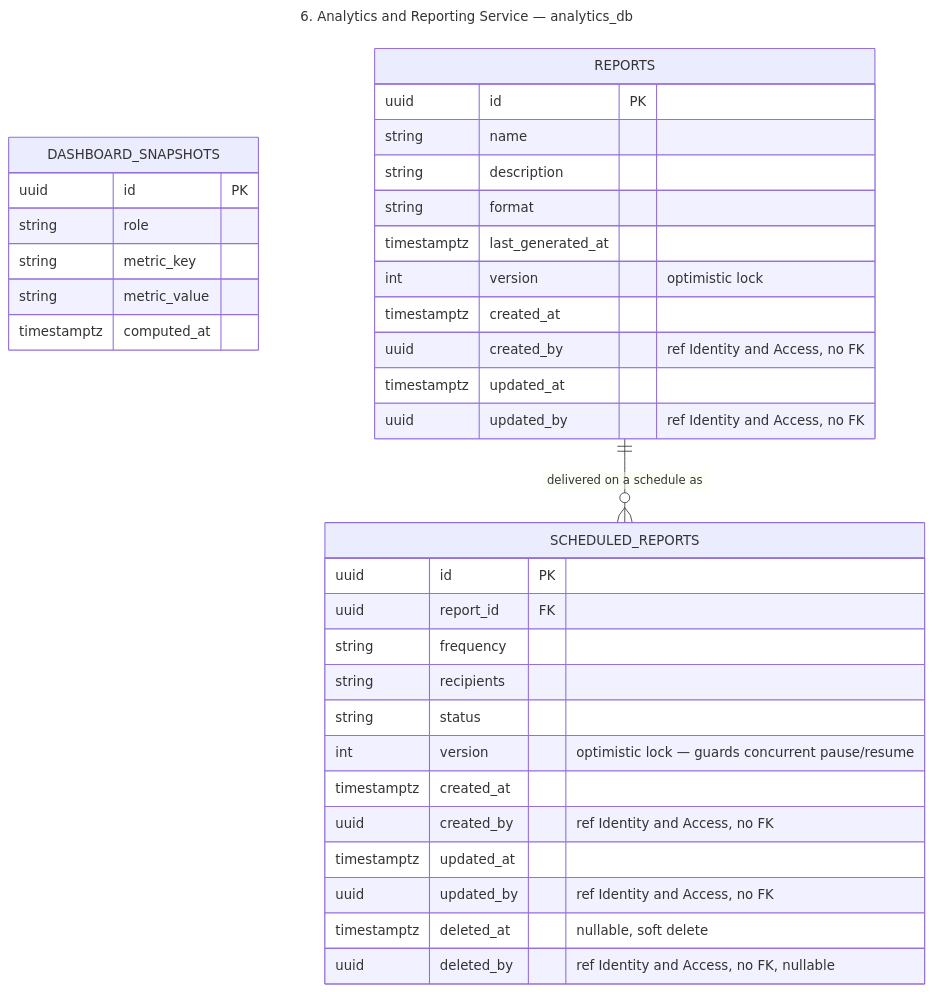
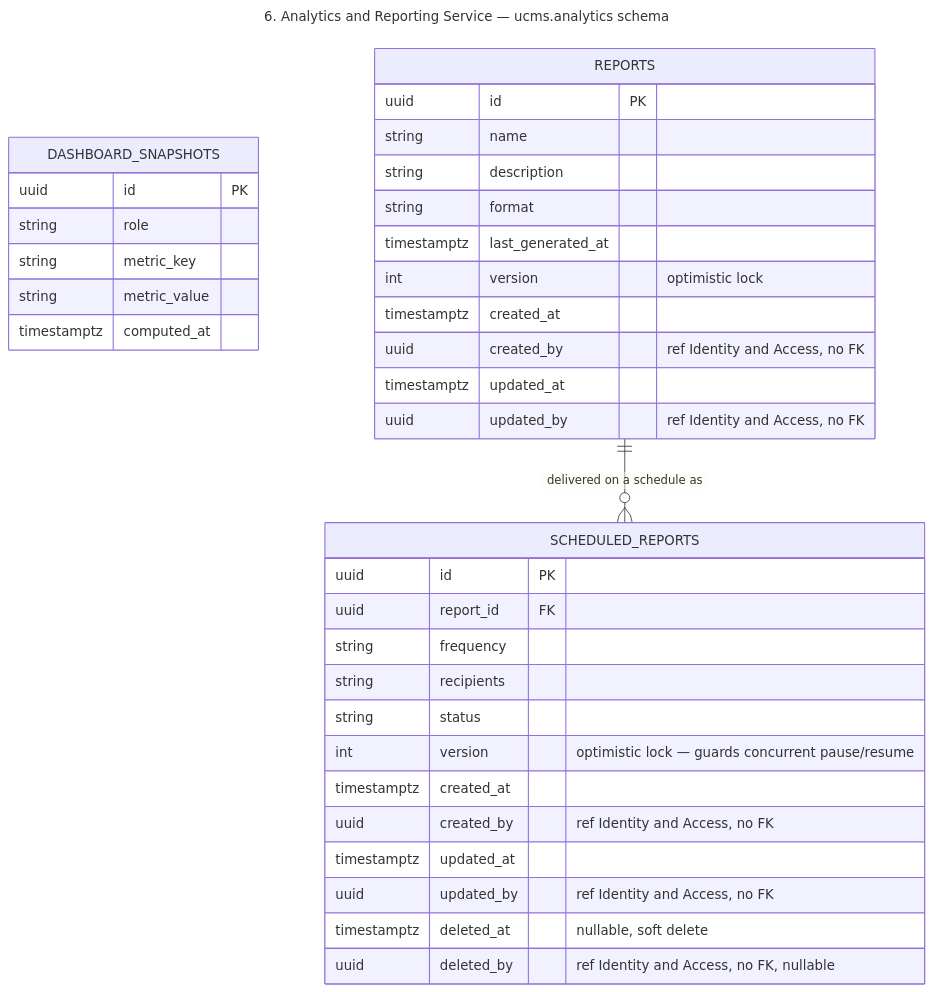
The diagram in docs/architecture/tables-06-analytics-reporting.mmd (ESD-ONE/University-Course-Management-System), drawn with Mermaid before and after one commit. The commit also changed 19 other files, not shown here.

First line of the commit message:
Sync architecture diagrams: schema-per-service, not database-per-service

```diff
--- a/docs/architecture/tables-06-analytics-reporting.mmd
+++ b/docs/architecture/tables-06-analytics-reporting.mmd
@@ -1,39 +1,39 @@
 ---
-title: 6. Analytics and Reporting Service — analytics_db
+title: 6. Analytics and Reporting Service — ucms.analytics schema
 ---
 erDiagram
     DASHBOARD_SNAPSHOTS {
         uuid id PK
         string role
         string metric_key
         string metric_value
         timestamptz computed_at
     }
     REPORTS {
         uuid id PK
         string name
         string description
         string format
         timestamptz last_generated_at
         int version "optimistic lock"
         timestamptz created_at
         uuid created_by "ref Identity and Access, no FK"
         timestamptz updated_at
         uuid updated_by "ref Identity and Access, no FK"
     }
     SCHEDULED_REPORTS {
         uuid id PK
         uuid report_id FK
         string frequency
         string recipients
         string status
         int version "optimistic lock — guards concurrent pause/resume"
         timestamptz created_at
         uuid created_by "ref Identity and Access, no FK"
         timestamptz updated_at
         uuid updated_by "ref Identity and Access, no FK"
         timestamptz deleted_at "nullable, soft delete"
         uuid deleted_by "ref Identity and Access, no FK, nullable"
     }
 
     REPORTS ||--o{ SCHEDULED_REPORTS : "delivered on a schedule as"
```
